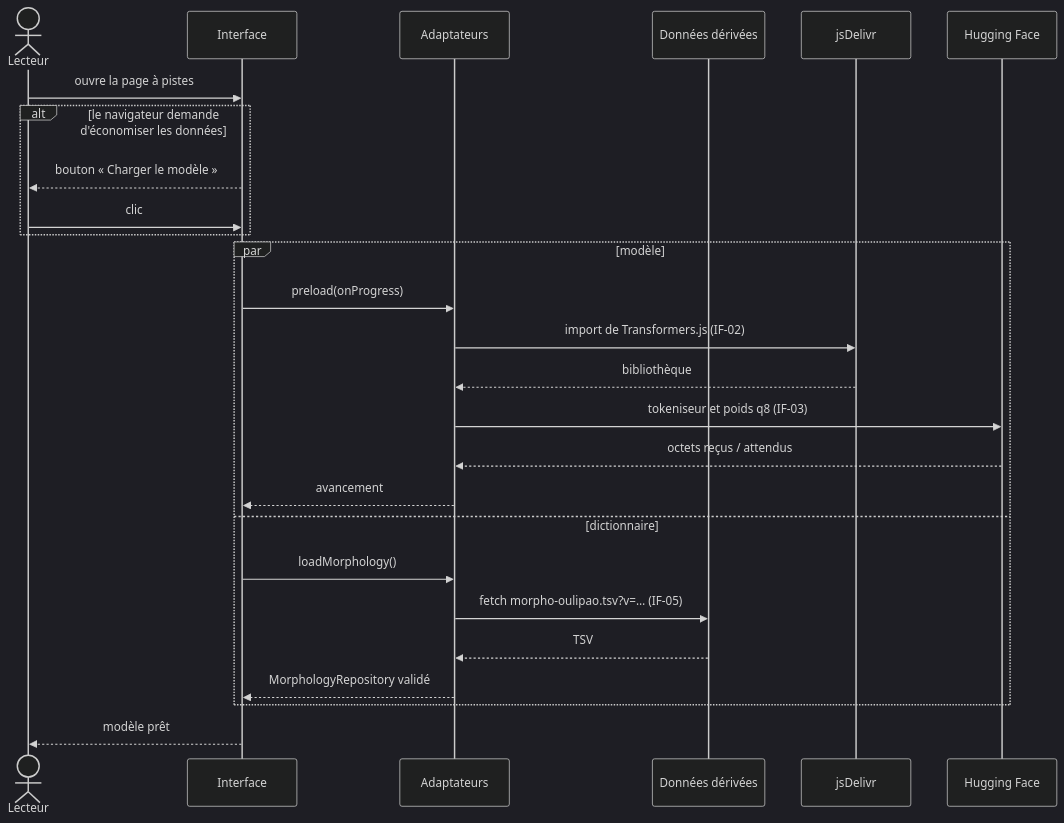
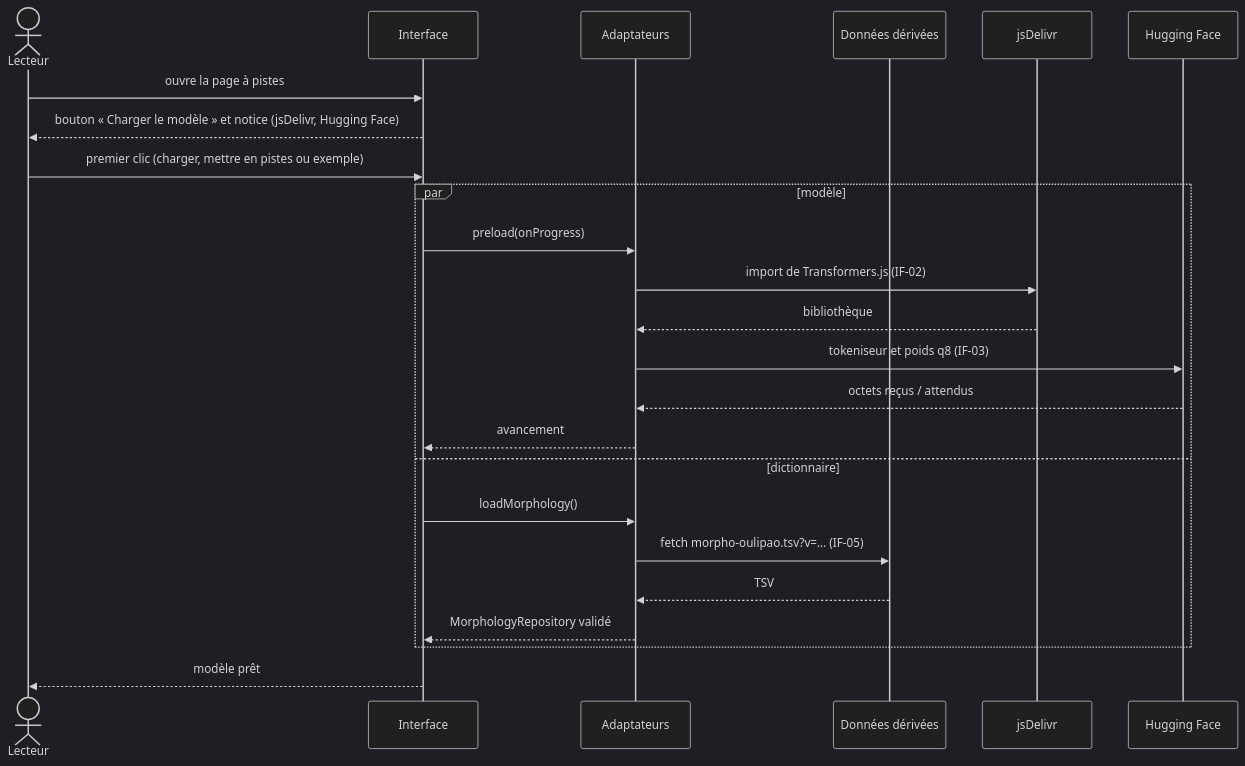
Before and after one commit to constructions-incongrues/oulipao: the first of 4 diagrams in docs/arc42/06-vue-d-execution.md, drawn with Mermaid (dark theme). The commit also changed other lines of this file and 16 other files, not shown here.

First line of the commit message:
Charger le modèle d'étiquetage au premier clic

````diff
--- a/docs/arc42/06-vue-d-execution.md
+++ b/docs/arc42/06-vue-d-execution.md
@@ -49,29 +53,27 @@
 ```mermaid
 sequenceDiagram
     actor L as Lecteur
     participant UI as Interface
     participant A as Adaptateurs
     participant D as Données dérivées
     participant J as jsDelivr
     participant H as Hugging Face
 
     L->>UI: ouvre la page à pistes
-    alt le navigateur demande d'économiser les données
-        UI-->>L: bouton « Charger le modèle »
-        L->>UI: clic
-    end
+    UI-->>L: bouton « Charger le modèle » et notice (jsDelivr, Hugging Face)
+    L->>UI: premier clic (charger, mettre en pistes ou exemple)
     par modèle
         UI->>A: preload(onProgress)
         A->>J: import de Transformers.js (IF-02)
         J-->>A: bibliothèque
         A->>H: tokeniseur et poids q8 (IF-03)
         H-->>A: octets reçus / attendus
         A-->>UI: avancement
     and dictionnaire
         UI->>A: loadMorphology()
         A->>D: fetch morpho-oulipao.tsv?v=… (IF-05)
         D-->>A: TSV
         A-->>UI: MorphologyRepository validé
     end
     UI-->>L: modèle prêt
 ```
````
